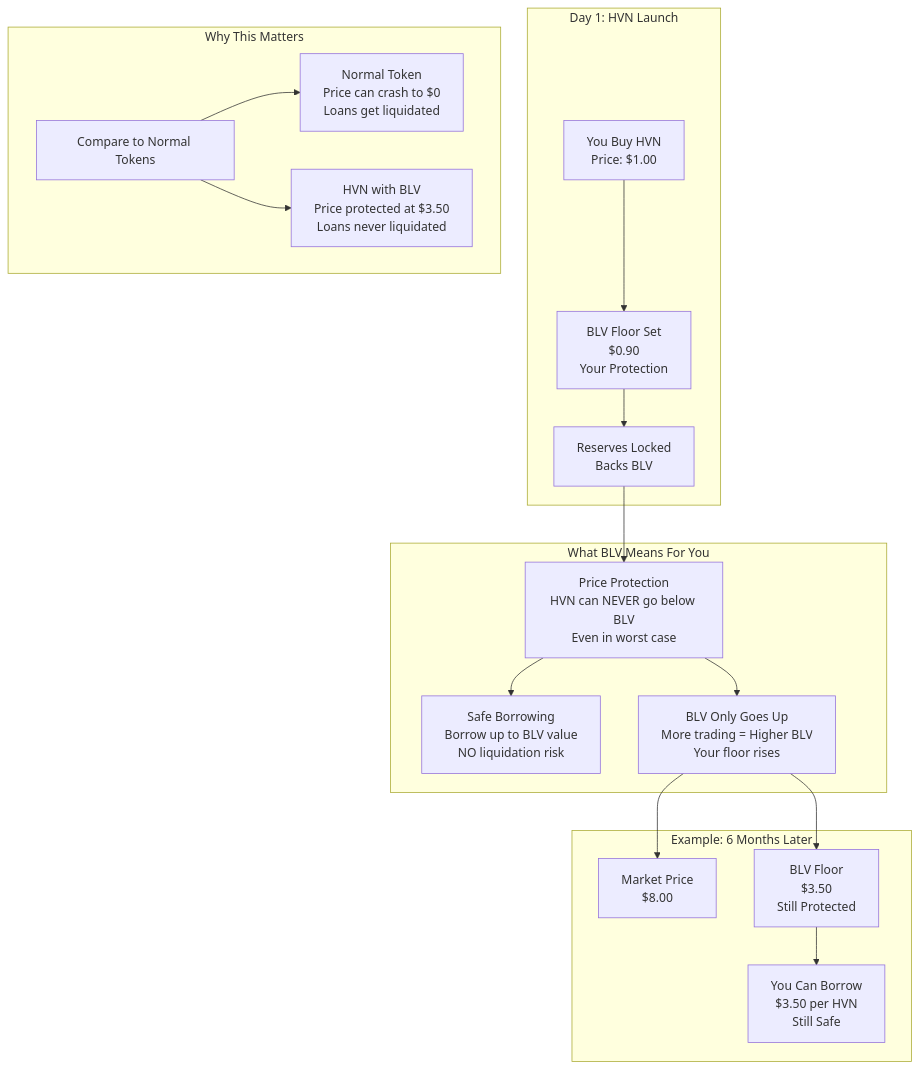
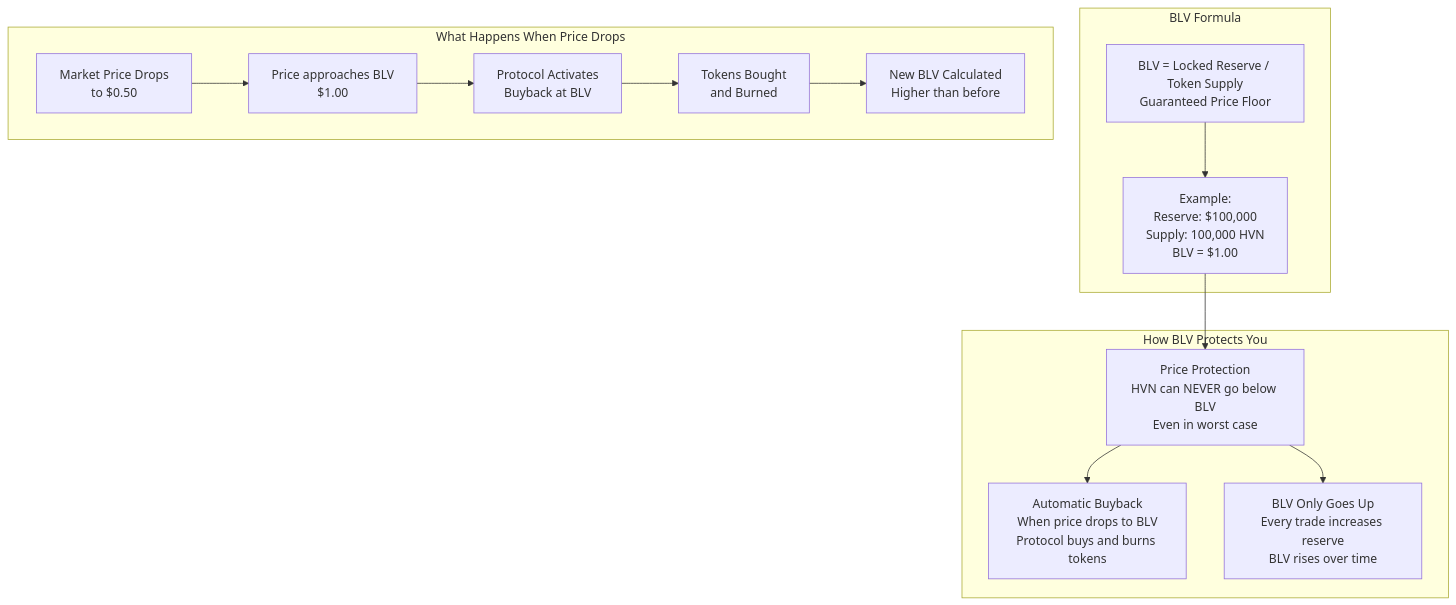
One commit to 0xJaehaerys/ohmega changed the first of 8 diagrams in blackhaven-blv-user-friendly.md. Above: the diagram before and after it, drawn with Mermaid. The commit also changed other lines of this file, not shown here.

First line of the commit message:
Rewrite BLV diagram based on actual Baseline Markets mechanism

````diff
--- a/blackhaven-blv-user-friendly.md
+++ b/blackhaven-blv-user-friendly.md
@@ -5,41 +5,31 @@
 ```mermaid
 graph TB
-    subgraph "Day 1: HVN Launch"
-        LAUNCH[You Buy HVN<br/>Price: $1.00]
-        BLV_START[BLV Floor Set<br/>$0.90<br/>Your Protection]
-        RESERVES[Reserves Locked<br/>Backs BLV]
+    subgraph "BLV Formula"
+        FORMULA[BLV = Locked Reserve / Token Supply<br/>Guaranteed Price Floor]
+        EXAMPLE[Example:<br/>Reserve: $100,000<br/>Supply: 100,000 HVN<br/>BLV = $1.00]
     end
     
-    subgraph "What BLV Means For You"
+    subgraph "How BLV Protects You"
         PROTECTION[Price Protection<br/>HVN can NEVER go below BLV<br/>Even in worst case]
-        BORROW[Safe Borrowing<br/>Borrow up to BLV value<br/>NO liquidation risk]
-        GROWTH[BLV Only Goes Up<br/>More trading = Higher BLV<br/>Your floor rises]
+        BUYBACK[Automatic Buyback<br/>When price drops to BLV<br/>Protocol buys and burns tokens]
+        GROWTH[BLV Only Goes Up<br/>Every trade increases reserve<br/>BLV rises over time]
     end
     
-    subgraph "Example: 6 Months Later"
-        MARKET_PRICE[Market Price<br/>$8.00]
-        BLV_NOW[BLV Floor<br/>$3.50<br/>Still Protected]
-        BORROW_NOW[You Can Borrow<br/>$3.50 per HVN<br/>Still Safe]
+    subgraph "What Happens When Price Drops"
+        DROP[Market Price Drops<br/>to $0.50]
+        CHECK[Price approaches BLV<br/>$1.00]
+        ACTION[Protocol Activates<br/>Buyback at BLV]
+        BURN[Tokens Bought<br/>and Burned]
+        NEW_BLV[New BLV Calculated<br/>Higher than before]
     end
     
-    subgraph "Why This Matters"
-        COMPARE[Compare to Normal Tokens]
-        NORMAL[Normal Token<br/>Price can crash to $0<br/>Loans get liquidated]
-        HVN_BLV[HVN with BLV<br/>Price protected at $3.50<br/>Loans never liquidated]
-    end
-    
-    LAUNCH --> BLV_START
-    BLV_START --> RESERVES
-    RESERVES --> PROTECTION
-    
-    PROTECTION --> BORROW
+    FORMULA --> EXAMPLE
+    EXAMPLE --> PROTECTION
+    PROTECTION --> BUYBACK
     PROTECTION --> GROWTH
     
-    GROWTH --> MARKET_PRICE
-    GROWTH --> BLV_NOW
-    BLV_NOW --> BORROW_NOW
-    
-    COMPARE --> NORMAL
-    COMPARE --> HVN_BLV
-    
+    DROP --> CHECK
+    CHECK --> ACTION
+    ACTION --> BURN
+    BURN --> NEW_BLV
 ```
````
